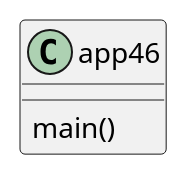
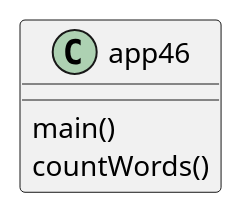
The diagram in src/main/java/ex46/app46.puml (JustinGesek/gesek-cop3330-assignment3), drawn with PlantUML before and after one commit. The commit also changed 19 other files, not shown here.

```diff
--- a/src/main/java/ex46/app46.puml
+++ b/src/main/java/ex46/app46.puml
@@ -1,7 +1,8 @@
 @startuml
 class app46
 {
     main()
+    countWords()
 }
 
 @enduml
```
